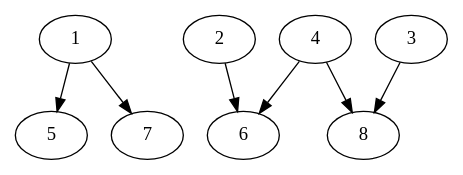
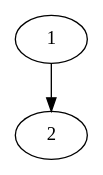
Before and after one commit to daniel-wright243/NetworkProber: the diagram in BiPartiteGraph.gv, drawn with Graphviz. The commit also changed 12 other files, not shown here.

```diff
--- a/BiPartiteGraph.gv
+++ b/BiPartiteGraph.gv
@@ -1,15 +1,4 @@
 // BiPartiteGraph
 digraph BiPartiteGraph {
-	1
-	2
-	3
-	5
-	6
-	7
-	1 -> 5
-	1 -> 7
-	2 -> 6
-	3 -> 8
-	4 -> 6
-	4 -> 8
+	1 -> 2
 }
```
